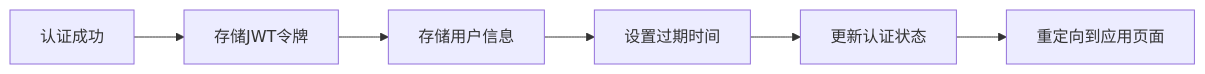
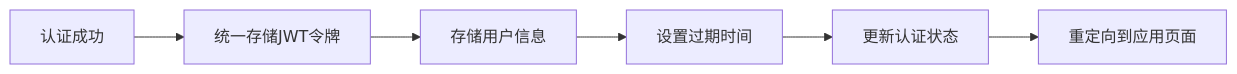
Before and after one commit to songdiyang/clawOperations: diagram 13 of 15 in .qoder/repowiki/zh/content/核心模块详解/认证模块/抖音OAuth集成.md, drawn with Mermaid. The commit also changed other lines of this file and 8 other files, not shown here.

````diff
--- a/.qoder/repowiki/zh/content/核心模块详解/认证模块/抖音OAuth集成.md
+++ b/.qoder/repowiki/zh/content/核心模块详解/认证模块/抖音OAuth集成.md
@@ -493,8 +577,8 @@
 ```mermaid
 flowchart LR
-A[认证成功] --> B[存储JWT令牌]
+A[认证成功] --> B[统一存储JWT令牌]
 B --> C[存储用户信息]
 C --> D[设置过期时间]
 D --> E[更新认证状态]
 E --> F[重定向到应用页面]
 ```
````
